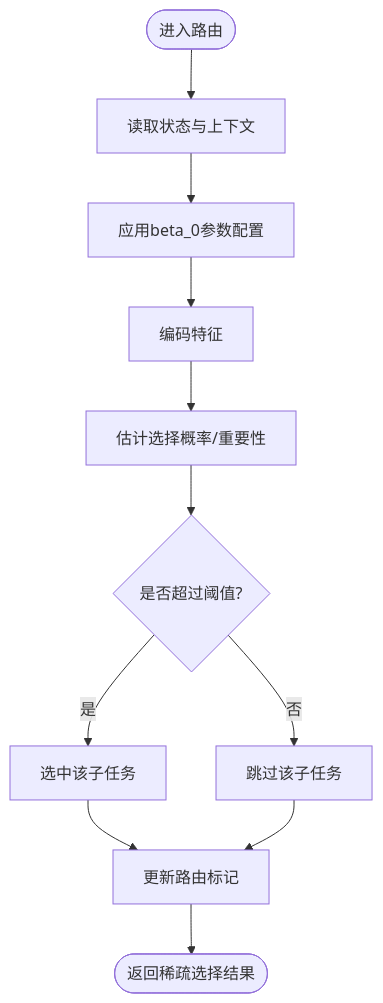
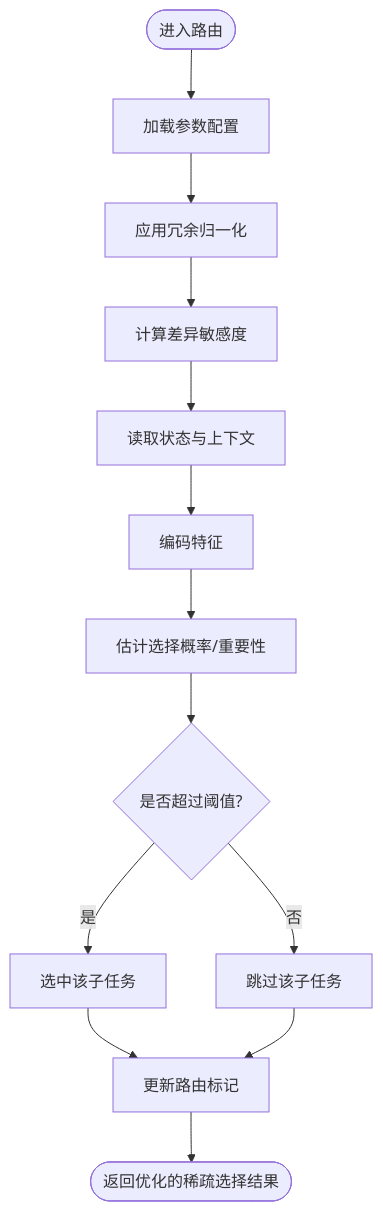
The third of 5 diagrams in .qoder/repowiki/zh/content/核心架构/实验框架/实验框架.md (QuStarry/VIB-SparseCommunication), drawn with Mermaid before and after one commit. The commit also changed other lines of this file and 31 other files, not shown here.

````diff
--- a/.qoder/repowiki/zh/content/核心架构/实验框架/实验框架.md
+++ b/.qoder/repowiki/zh/content/核心架构/实验框架/实验框架.md
@@ -199,13 +232,15 @@
 ```mermaid
 flowchart TD
-Start(["进入路由"]) --> ReadState["读取状态与上下文"]
-ReadState --> BetaConfig["应用beta_0参数配置"]
-BetaConfig --> Encode["编码特征"]
+Start(["进入路由"]) --> LoadConfig["加载参数配置"]
+LoadConfig --> Normalize["应用冗余归一化"]
+Normalize --> CalcSensitivity["计算差异敏感度"]
+CalcSensitivity --> ReadState["读取状态与上下文"]
+ReadState --> Encode["编码特征"]
 Encode --> Estimate["估计选择概率/重要性"]
 Estimate --> Threshold{"是否超过阈值?"}
 Threshold --> |是| Select["选中该子任务"]
 Threshold --> |否| Skip["跳过该子任务"]
 Select --> Update["更新路由标记"]
 Skip --> Update
-Update --> End(["返回稀疏选择结果"])
+Update --> End(["返回优化的稀疏选择结果"])
 ```
````
